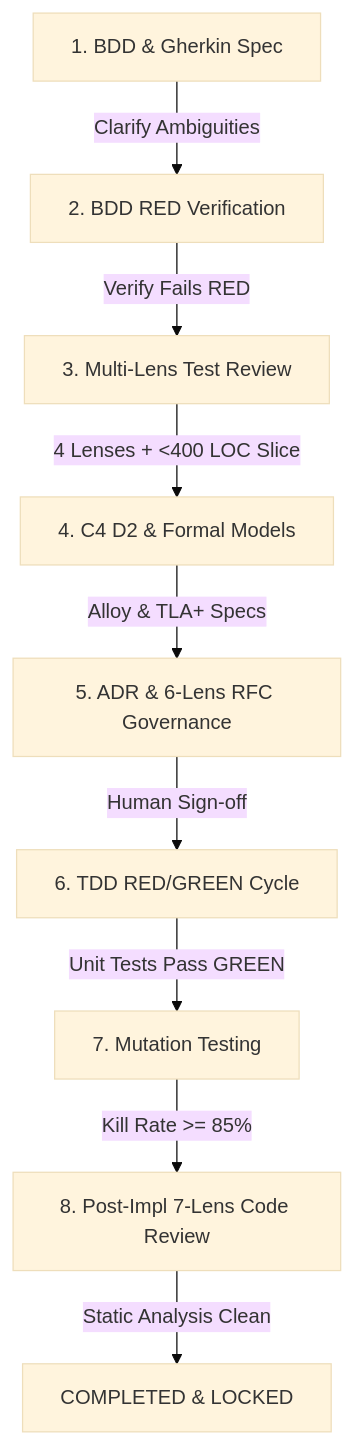
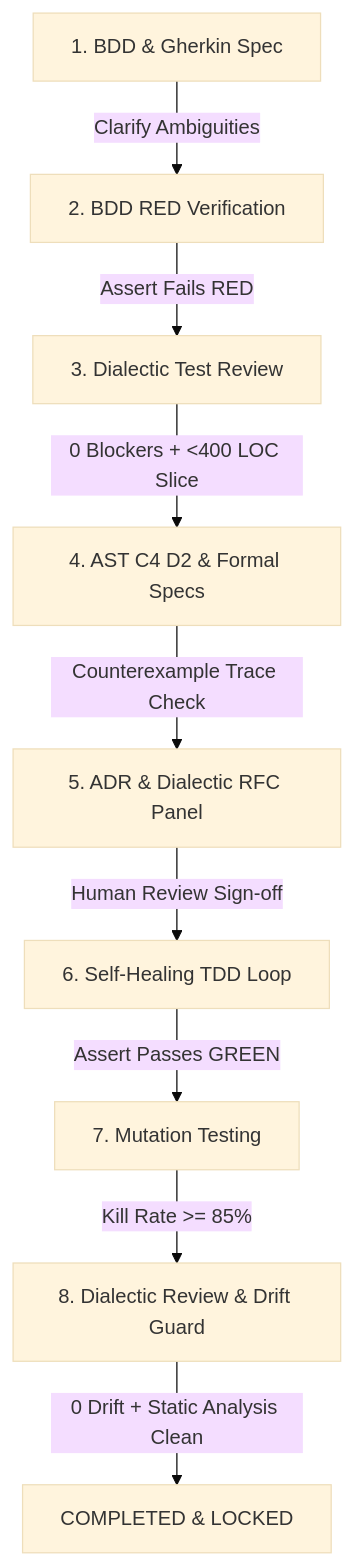
The diagram in README.md (cbsmith/pi-plugin-craftsmanship), drawn with Mermaid (base theme) before and after one commit. The commit also changed other lines of this file and 11 other files, not shown here.

Commit message:
Enhance Pi Craftsmanship Plugin with hard gates, dialectic reviews, formal counterexamples, code C4 diagrams, and self-healing TDD loop

````diff
--- a/README.md
+++ b/README.md
@@ -11,11 +11,11 @@
 ```mermaid
 graph TD
     A[1. BDD & Gherkin Spec] -->|Clarify Ambiguities| B[2. BDD RED Verification]
-    B -->|Verify Fails RED| C[3. Multi-Lens Test Review]
-    C -->|4 Lenses + <400 LOC Slice| D[4. C4 D2 & Formal Models]
-    D -->|Alloy & TLA+ Specs| E[5. ADR & 6-Lens RFC Governance]
-    E -->|Human Sign-off| F[6. TDD RED/GREEN Cycle]
-    F -->|Unit Tests Pass GREEN| G[7. Mutation Testing]
-    G -->|Kill Rate >= 85%| H[8. Post-Impl 7-Lens Code Review]
-    H -->|Static Analysis Clean| I[COMPLETED & LOCKED]
+    B -->|Assert Fails RED| C[3. Dialectic Test Review]
+    C -->|0 Blockers + <400 LOC Slice| D[4. AST C4 D2 & Formal Specs]
+    D -->|Counterexample Trace Check| E[5. ADR & Dialectic RFC Panel]
+    E -->|Human Review Sign-off| F[6. Self-Healing TDD Loop]
+    F -->|Assert Passes GREEN| G[7. Mutation Testing]
+    G -->|Kill Rate >= 85%| H[8. Dialectic Review & Drift Guard]
+    H -->|0 Drift + Static Analysis Clean| I[COMPLETED & LOCKED]
 ```
````
